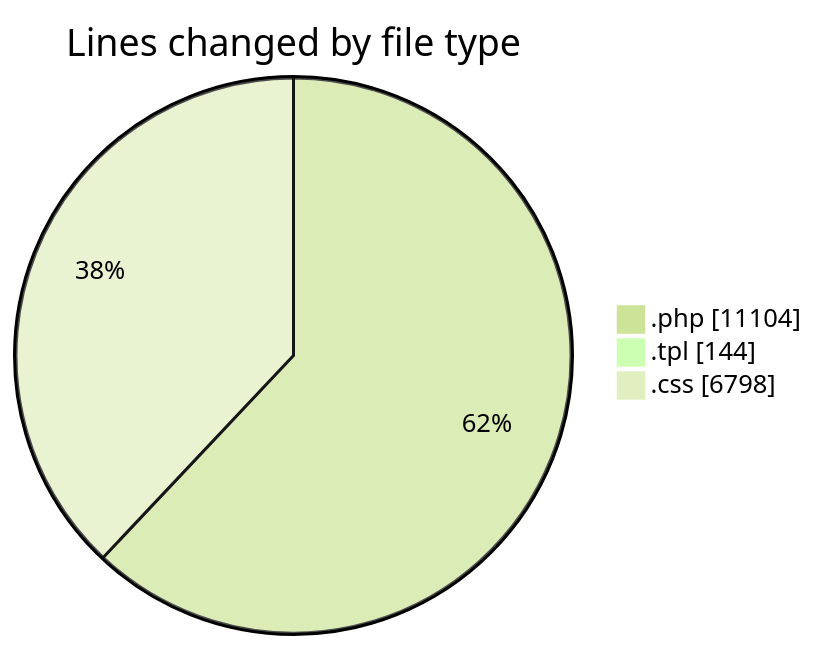
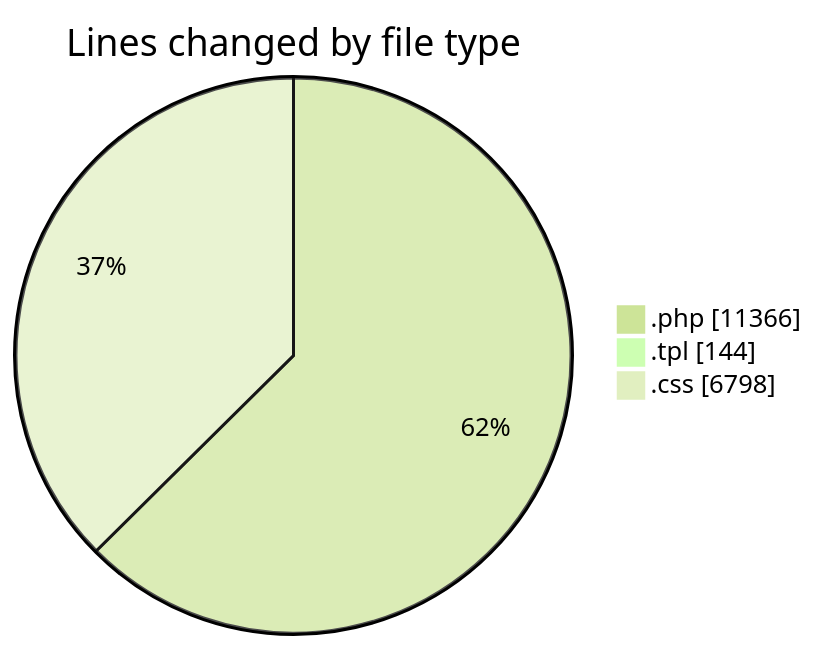
The first of 2 diagrams in 2025-10-04/shop/README.md (vahidmafi/code-tracking), drawn with Mermaid (forest theme) before and after one commit. The commit also changed other lines of this file and 1 other file, not shown here.

````diff
--- a/2025-10-04/shop/README.md
+++ b/2025-10-04/shop/README.md
@@ -40,7 +41,7 @@
 ```mermaid
 pie showData
 title Lines changed by file type
-".php" : 11104
+".php" : 11366
 ".tpl" : 144
 ".css" : 6798
 ```
````
